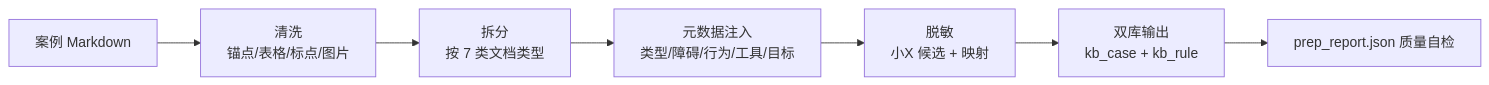
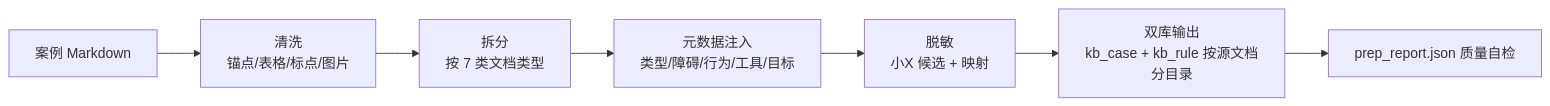
The third of 3 diagrams in README.md (xlight/ocr-docs), drawn with Mermaid before and after one commit. The commit also changed other lines of this file and 6 other files, not shown here.

````diff
--- a/README.md
+++ b/README.md
@@ -107,9 +107,9 @@
 ```mermaid
 flowchart LR
     A[案例 Markdown] --> B[清洗<br/>锚点/表格/标点/图片]
     B --> C[拆分<br/>按 7 类文档类型]
     C --> D[元数据注入<br/>类型/障碍/行为/工具/目标]
     D --> E[脱敏<br/>小X 候选 + 映射]
-    E --> F[双库输出<br/>kb_case + kb_rule]
+    E --> F[双库输出<br/>kb_case + kb_rule 按源文档分目录]
     F --> G[prep_report.json 质量自检]
 ```
````
